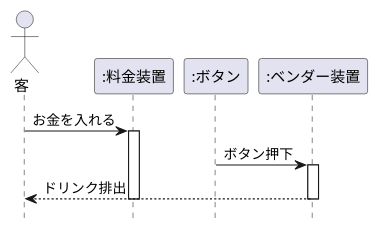
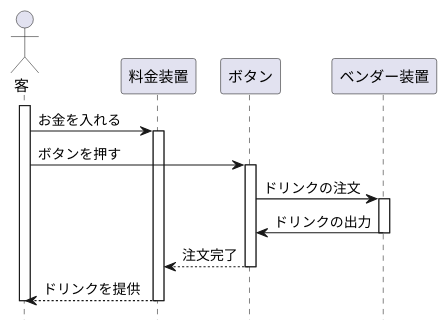
One commit to Kuya0307/unl-introduction changed the diagram in 演習６/演習6-4-3_シーケンス図_自動販売機.pu. Above: the diagram before and after it, drawn with PlantUML.

Commit message:
6-4-3を修正

```diff
--- a/演習６/演習6-4-3_シーケンス図_自動販売機.pu
+++ b/演習６/演習6-4-3_シーケンス図_自動販売機.pu
@@ -1,15 +1,29 @@
-@startuml シーケンス図
+@startuml
 hide footbox
 actor 客
-participant ":料金装置" as 装置
-participant ":ボタン" as ボタン
-participant ":ベンダー装置" as ベンダー
+participant 料金装置
+participant ボタン
+participant ベンダー装置
 
-客 -> 装置: お金を入れる
-activate 装置
-ボタン -> ベンダー: ボタン押下
-activate ベンダー
-ベンダー --> 客: ドリンク排出
-deactivate 装置
-deactivate ベンダー
+activate 客
+
+客 -> 料金装置: お金を入れる
+activate 料金装置
+
+客 -> ボタン: ボタンを押す
+activate ボタン
+
+ボタン -> ベンダー装置: ドリンクの注文
+activate ベンダー装置
+
+ベンダー装置 -> ボタン: ドリンクの出力
+deactivate ベンダー装置
+
+ボタン --> 料金装置: 注文完了
+deactivate ボタン
+
+料金装置 --> 客: ドリンクを提供
+deactivate 料金装置
+
+deactivate 客
 @enduml
```
